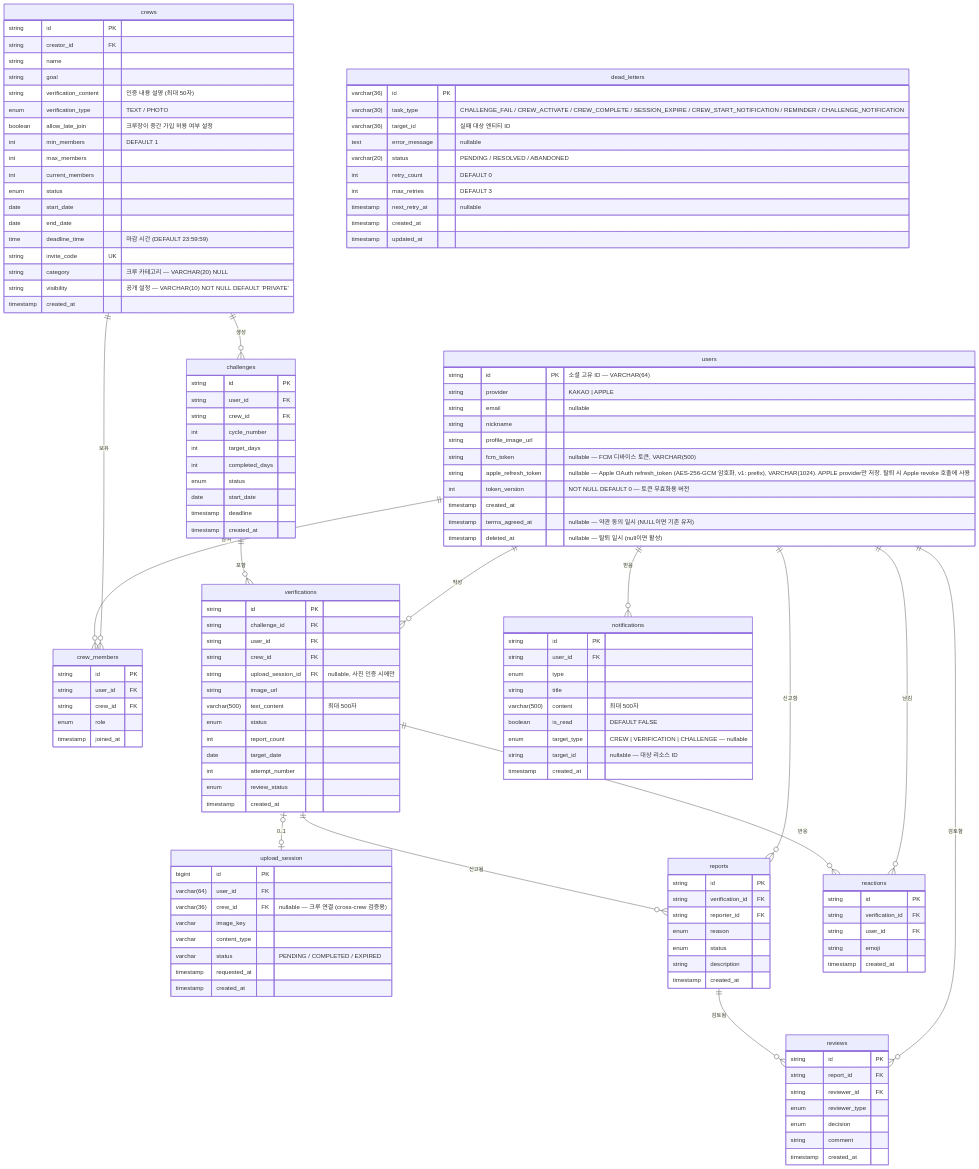
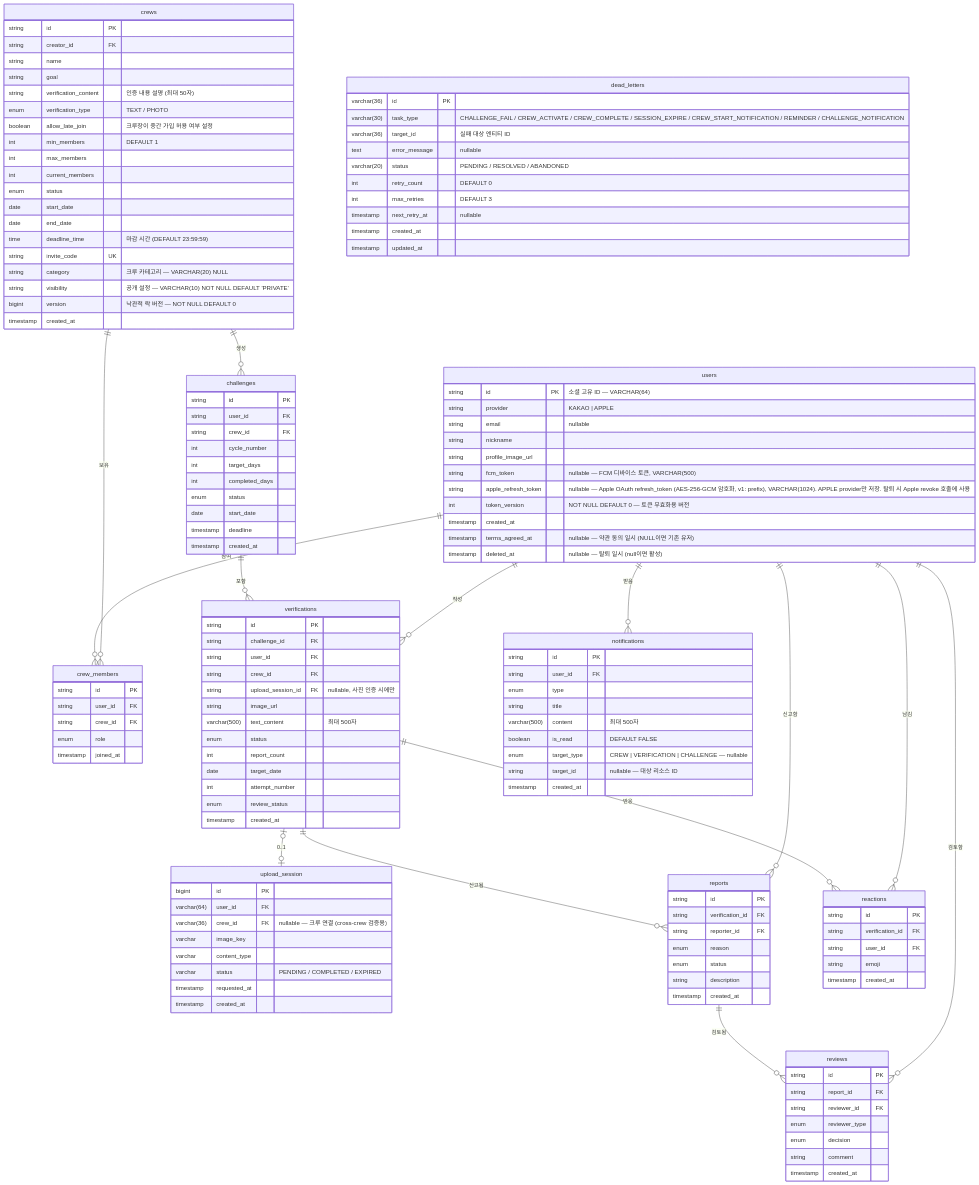
One commit to JianYang98/TriAgain changed the diagram in docs/spec/schema.md. Above: the diagram before and after it, drawn with Mermaid. The commit also changed 34 other files, not shown here.

```diff
--- a/docs/spec/schema.md
+++ b/docs/spec/schema.md
@@ -57,6 +57,7 @@
         string invite_code UK
         string category "크루 카테고리 — VARCHAR(20) NULL"
         string visibility "공개 설정 — VARCHAR(10) NOT NULL DEFAULT 'PRIVATE'"
+        bigint version "낙관적 락 버전 — NOT NULL DEFAULT 0"
         timestamp created_at
     }
     
```
